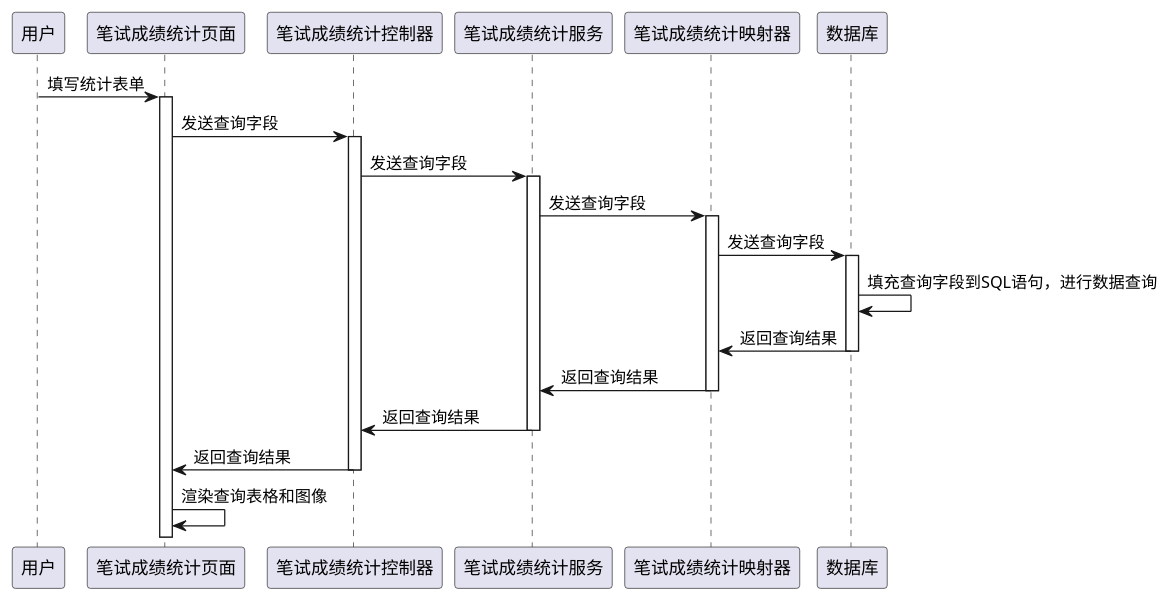
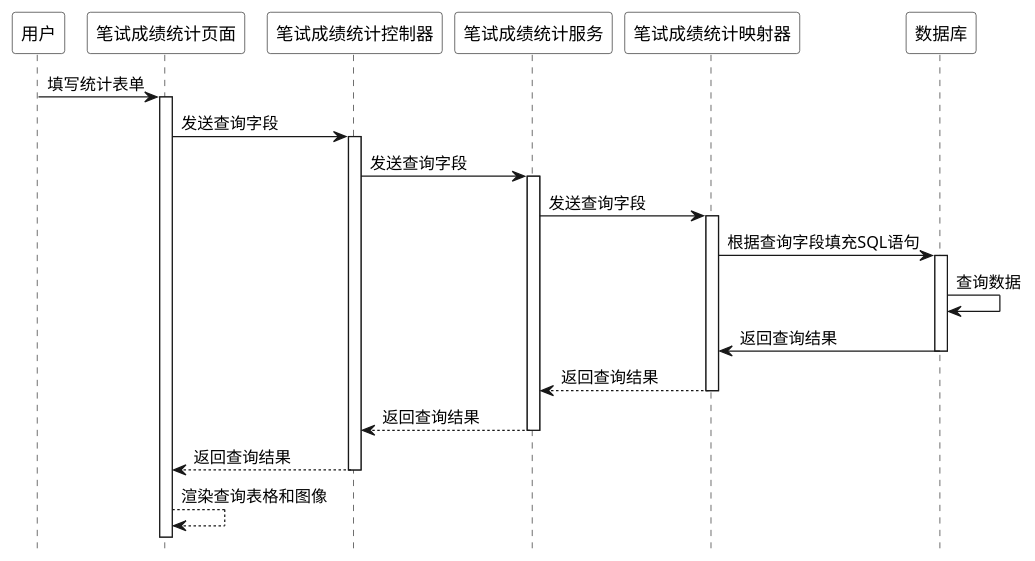
One commit to coderyjc/certificate_analysis changed the diagram in resouces/drawio/UML_Sequence/visualize/written.puml. Above: the diagram before and after it, drawn with PlantUML. The commit also changed 12 other files, not shown here.

Commit message:
更新UML序列图

```diff
--- a/resouces/drawio/UML_Sequence/visualize/written.puml
+++ b/resouces/drawio/UML_Sequence/visualize/written.puml
@@ -1,43 +1,48 @@
 @startuml visualize_written
+
+hide footbox
+skinparam sequence {
+  ParticipantBackgroundColor #ffffff
+  ParticipantFontColor #000000
+}
 
 participant 用户
 participant 笔试成绩统计页面
 participant 笔试成绩统计控制器
 participant 笔试成绩统计服务
 participant 笔试成绩统计映射器
 participant 数据库
-
 
 用户 -> 笔试成绩统计页面: 填写统计表单
 activate 笔试成绩统计页面
 
 笔试成绩统计页面 -> 笔试成绩统计控制器: 发送查询字段
 activate 笔试成绩统计控制器
 
 笔试成绩统计控制器 -> 笔试成绩统计服务: 发送查询字段
 activate 笔试成绩统计服务
 
 笔试成绩统计服务 -> 笔试成绩统计映射器: 发送查询字段
 activate 笔试成绩统计映射器
 
-笔试成绩统计映射器 -> 数据库: 发送查询字段
+笔试成绩统计映射器 -> 数据库: 根据查询字段填充SQL语句
 activate 数据库
 
-数据库 -> 数据库: 填充查询字段到SQL语句，进行数据查询
+数据库 -> 数据库: 查询数据
 数据库 -> 笔试成绩统计映射器: 返回查询结果
 
 deactivate 数据库
-笔试成绩统计映射器 -> 笔试成绩统计服务: 返回查询结果
+笔试成绩统计映射器 --> 笔试成绩统计服务: 返回查询结果
 deactivate 笔试成绩统计映射器
 
 
-笔试成绩统计服务 -> 笔试成绩统计控制器: 返回查询结果
+笔试成绩统计服务 --> 笔试成绩统计控制器: 返回查询结果
 
 deactivate 笔试成绩统计服务
 
-笔试成绩统计控制器 -> 笔试成绩统计页面: 返回查询结果
+笔试成绩统计控制器 --> 笔试成绩统计页面: 返回查询结果
 deactivate 笔试成绩统计控制器
 
-笔试成绩统计页面 -> 笔试成绩统计页面: 渲染查询表格和图像
+笔试成绩统计页面 --> 笔试成绩统计页面: 渲染查询表格和图像
 
 @enduml
```
